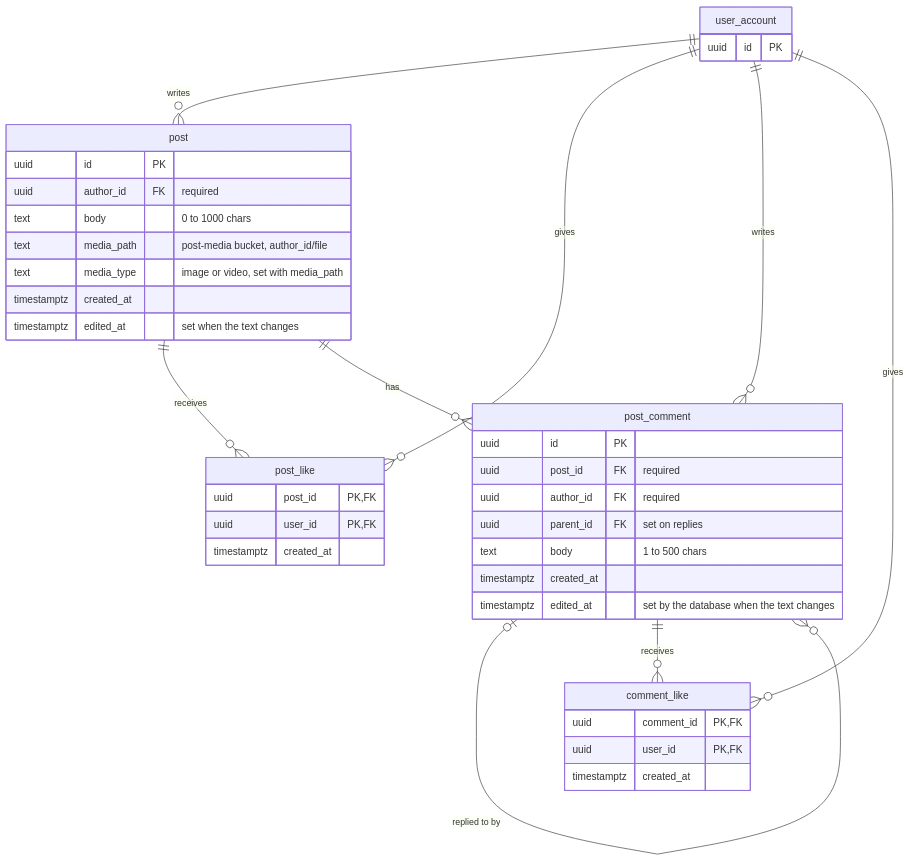
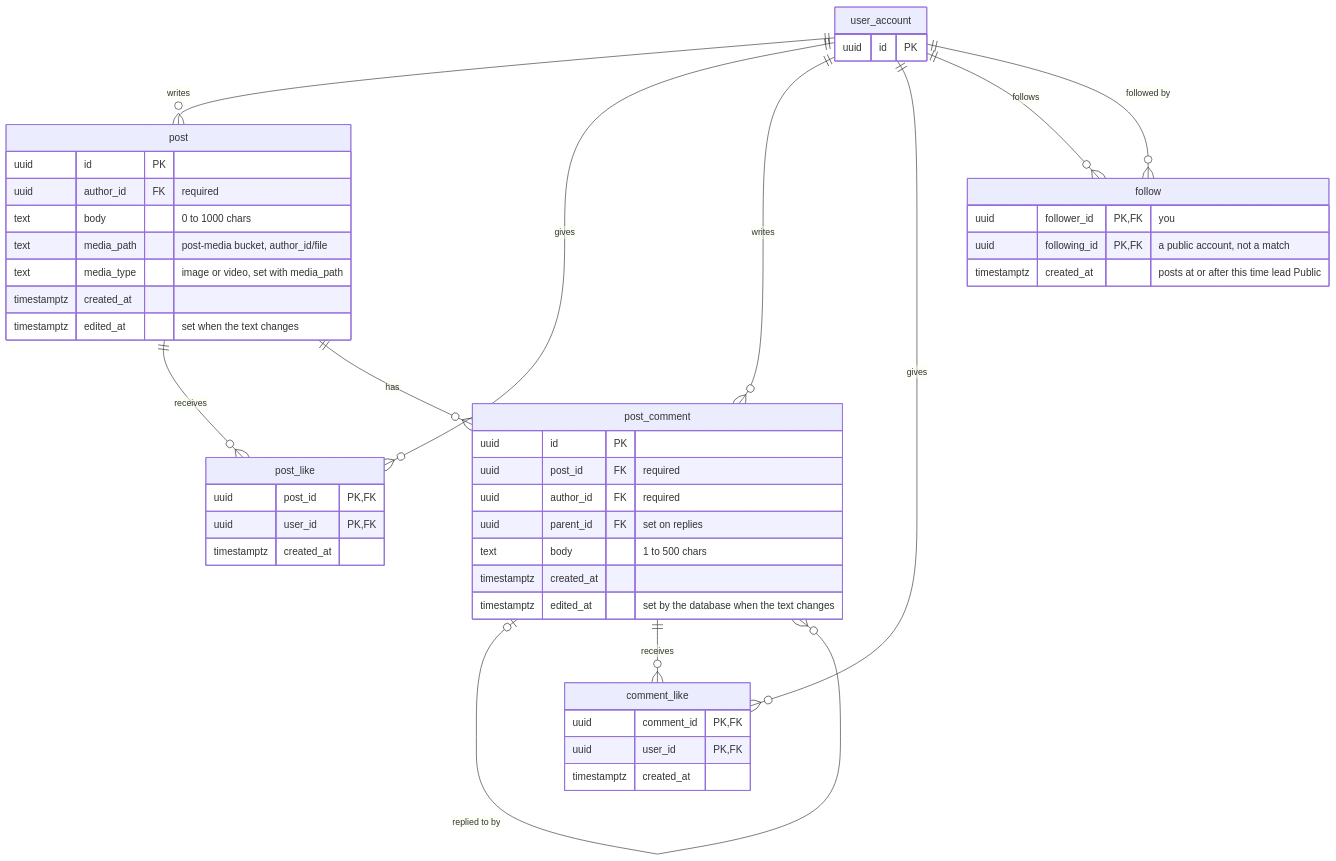
The sixth of 7 diagrams in docs/DATA_MODEL.md (rehman20052/SwoleMates), drawn with Mermaid before and after one commit. The commit also changed other lines of this file and 14 other files, not shown here.

Commit message:
Show public posts separately from friends, and let a follow bring only newer posts to the front.

````diff
--- a/docs/DATA_MODEL.md
+++ b/docs/DATA_MODEL.md
@@ -320,42 +322,49 @@
 ```mermaid
 erDiagram
   user_account {
     uuid id PK
   }
   post {
     uuid id PK
     uuid author_id FK "required"
     text body "0 to 1000 chars"
     text media_path "post-media bucket, author_id/file"
     text media_type "image or video, set with media_path"
     timestamptz created_at
     timestamptz edited_at "set when the text changes"
   }
   post_like {
     uuid post_id PK, FK
     uuid user_id PK, FK
     timestamptz created_at
   }
   post_comment {
     uuid id PK
     uuid post_id FK "required"
     uuid author_id FK "required"
     uuid parent_id FK "set on replies"
     text body "1 to 500 chars"
     timestamptz created_at
     timestamptz edited_at "set by the database when the text changes"
   }
   comment_like {
     uuid comment_id PK, FK
     uuid user_id PK, FK
     timestamptz created_at
   }
+  follow {
+    uuid follower_id PK, FK "you"
+    uuid following_id PK, FK "a public account, not a match"
+    timestamptz created_at "posts at or after this time lead Public"
+  }
   user_account ||--o{ post : writes
   post ||--o{ post_like : receives
   user_account ||--o{ post_like : gives
   post ||--o{ post_comment : has
   post_comment |o--o{ post_comment : "replied to by"
   user_account ||--o{ post_comment : writes
   post_comment ||--o{ comment_like : receives
   user_account ||--o{ comment_like : gives
+  user_account ||--o{ follow : follows
+  user_account ||--o{ follow : "followed by"
 ```
````
